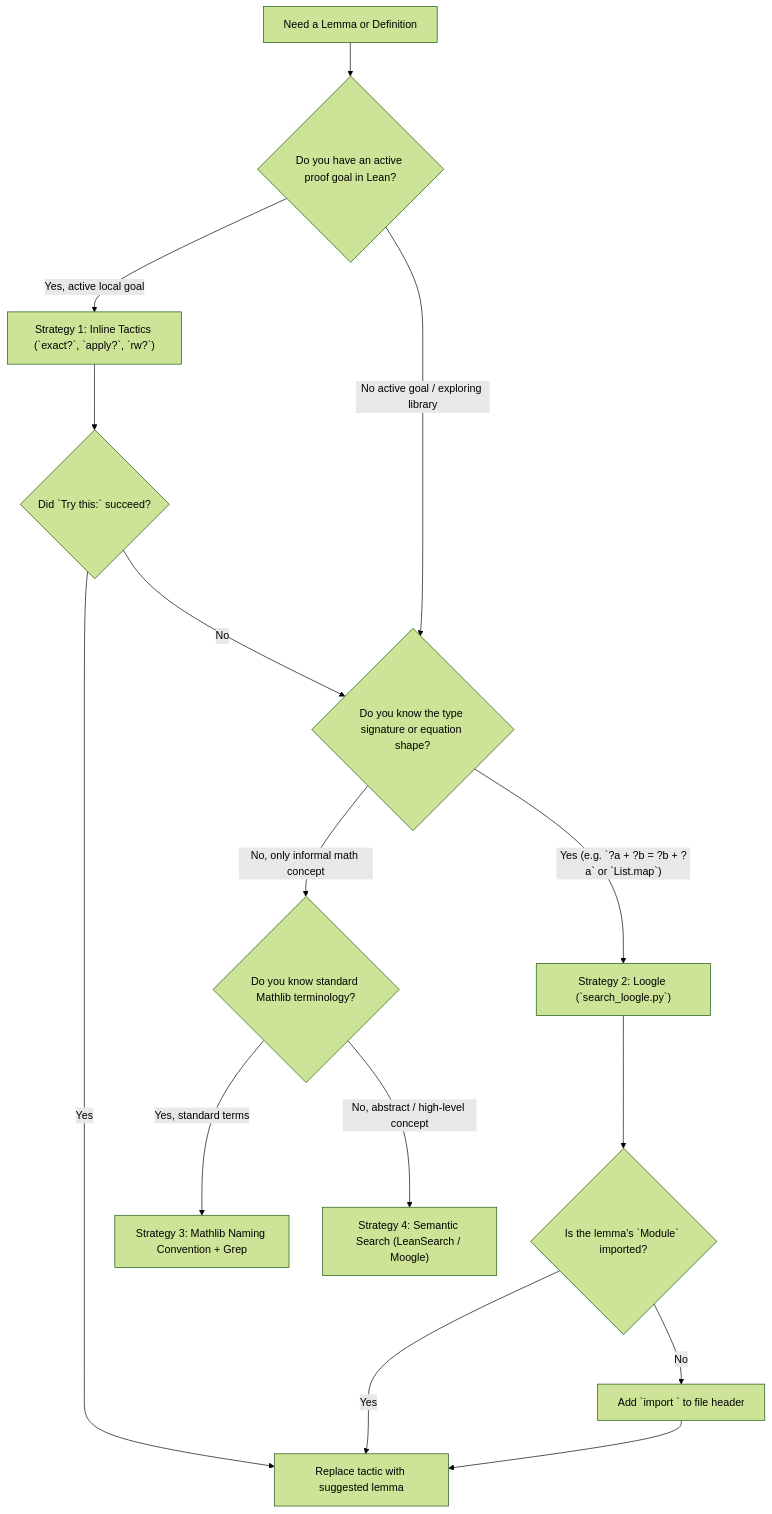
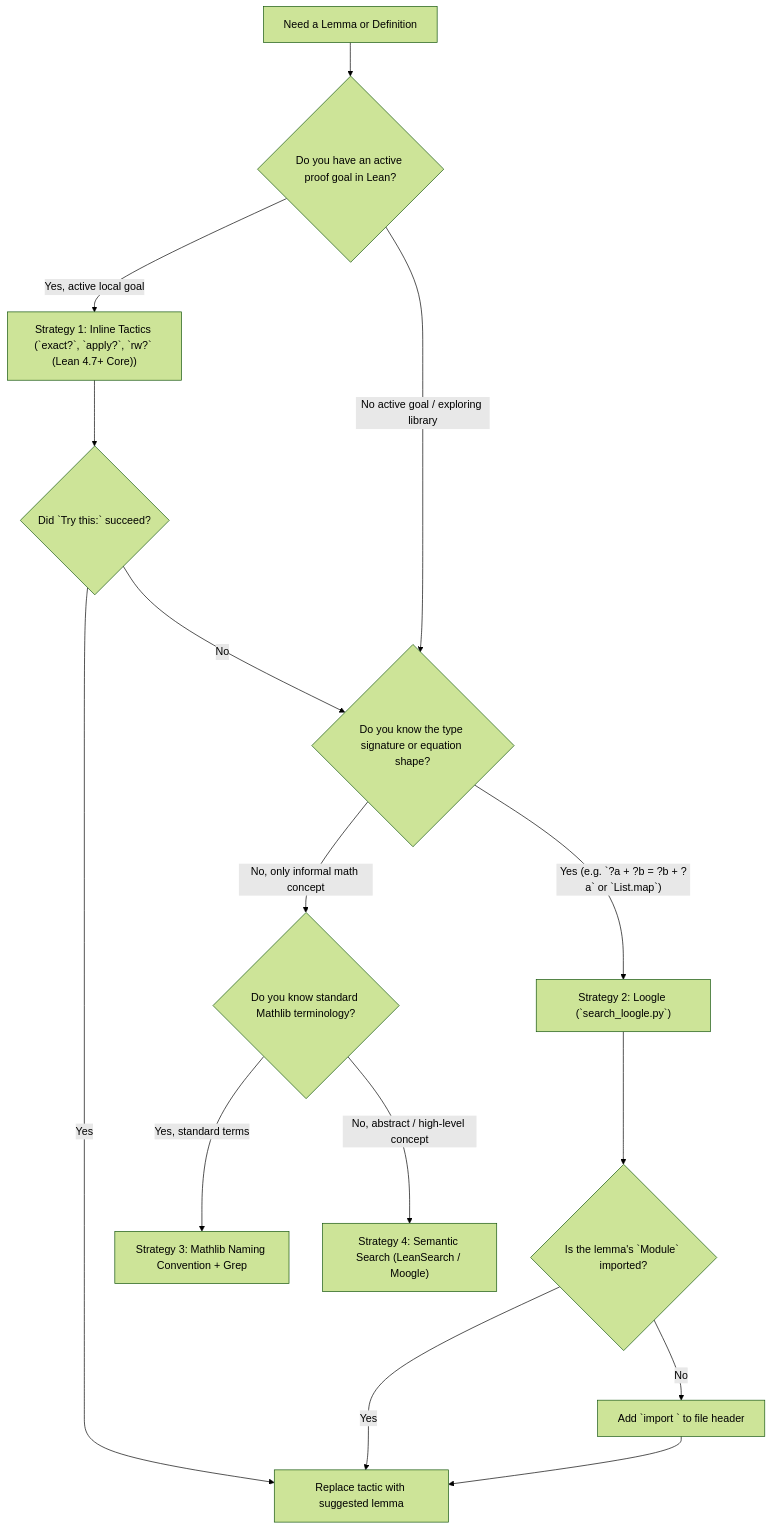
Before and after one commit to MI-1222/lean4-skills: the diagram in skills/lean4-mathlib-search/SKILL.md, drawn with Mermaid (forest theme). The commit also changed other lines of this file and 17 other files, not shown here.

````diff
--- a/skills/lean4-mathlib-search/SKILL.md
+++ b/skills/lean4-mathlib-search/SKILL.md
@@ -40,19 +40,19 @@
 ```mermaid
 graph TD
     Start["Need a Lemma or Definition"] --> Q1{"Do you have an active proof goal in Lean?"}
-    Q1 -- "Yes, active local goal" --> TryLocal["Strategy 1: Inline Tactics (`exact?`, `apply?`, `rw?`)"]
+    Q1 -- "Yes, active local goal" --> TryLocal["Strategy 1: Inline Tactics (`exact?`, `apply?`, `rw?` (Lean 4.7+ Core))"]
     TryLocal --> LCheck{"Did `Try this:` succeed?"}
     LCheck -- "Yes" --> Replace["Replace tactic with suggested lemma"]
     LCheck -- "No" --> Q2
 
     Q1 -- "No active goal / exploring library" --> Q2{"Do you know the type signature or equation shape?"}
     Q2 -- "Yes (e.g. `?a + ?b = ?b + ?a` or `List.map`)" --> Loogle["Strategy 2: Loogle (`search_loogle.py`)"]
     Loogle --> ImpCheck{"Is the lemma's `Module` imported?"}
     ImpCheck -- "No" --> AddImp["Add `import <Module>` to file header"]
     ImpCheck -- "Yes" --> Replace
     AddImp --> Replace
     Q2 -- "No, only informal math concept" --> Q3{"Do you know standard Mathlib terminology?"}
 
     Q3 -- "Yes, standard terms" --> Naming["Strategy 3: Mathlib Naming Convention + Grep"]
     Q3 -- "No, abstract / high-level concept" --> Semantic["Strategy 4: Semantic Search (LeanSearch / Moogle)"]
 ```
````
